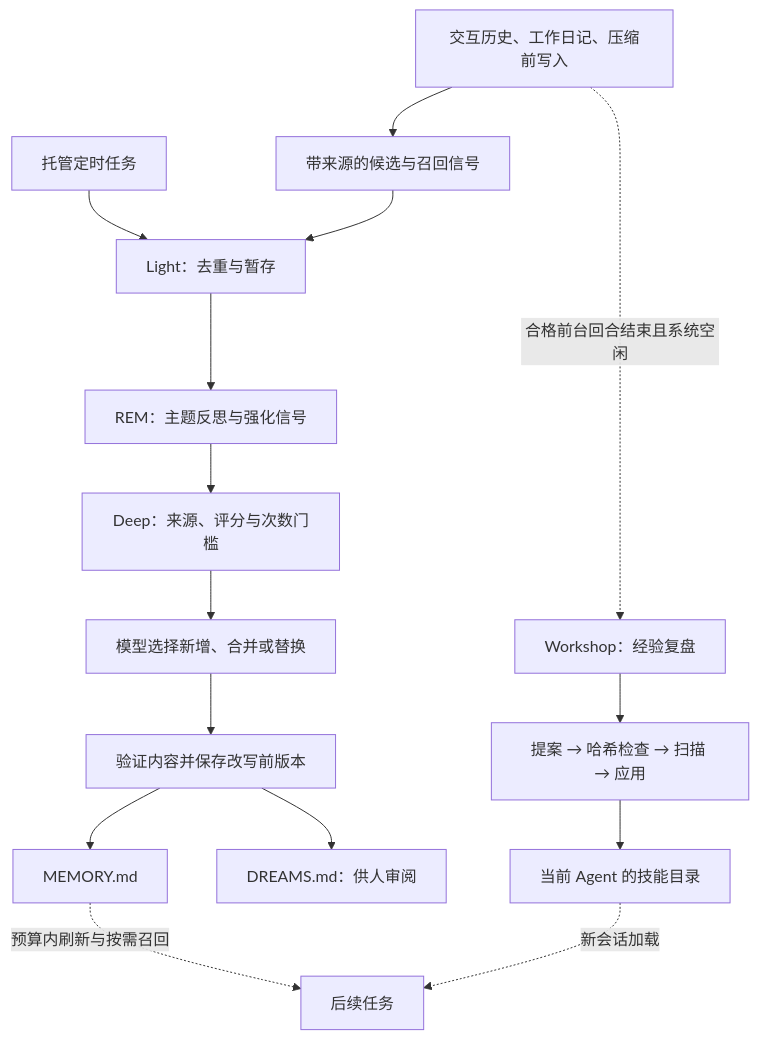
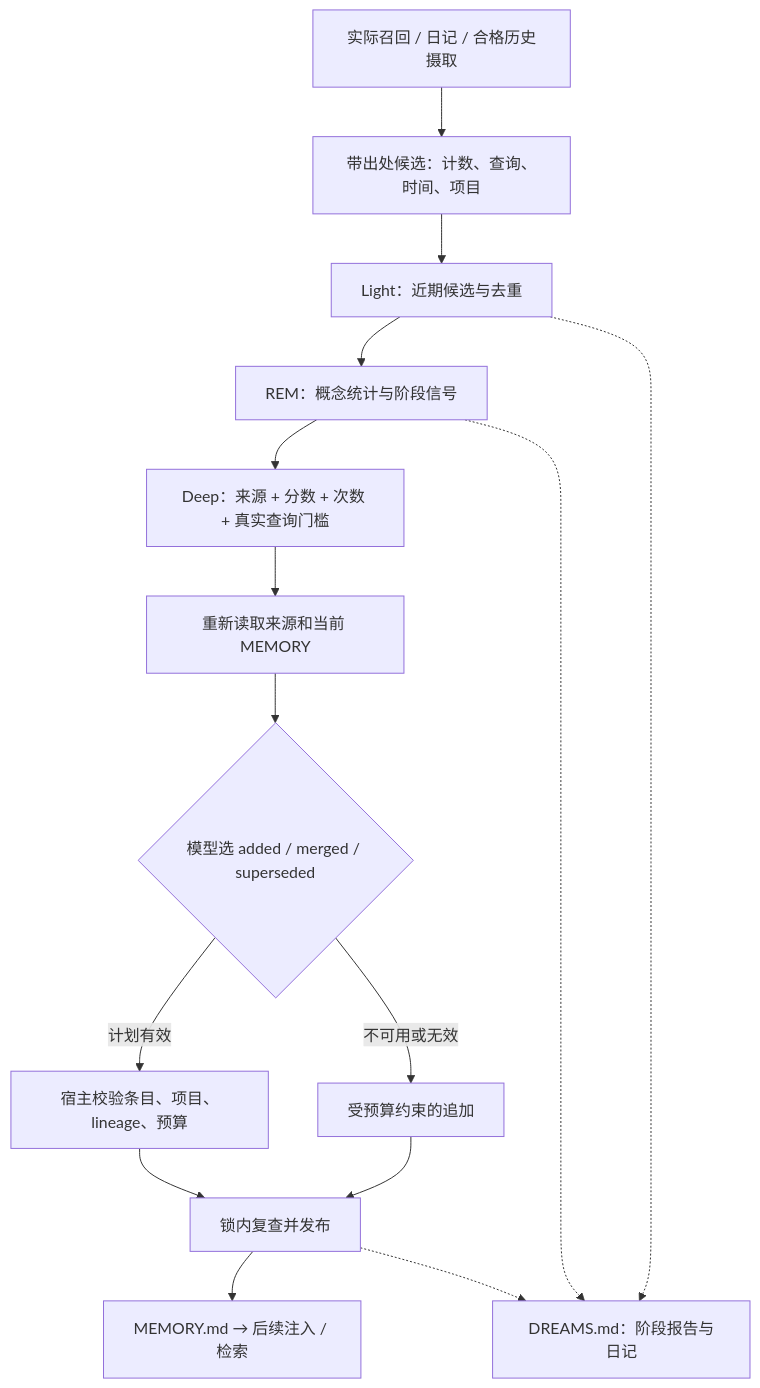
One commit to Uyouii/Reading changed the second of 2 diagrams in 大模型/Agents/OpenClaw 设计与实现.md. Above: the diagram before and after it, drawn with Mermaid. The commit also changed other lines of this file, not shown here.

````diff
--- a/大模型/Agents/OpenClaw 设计与实现.md
+++ b/大模型/Agents/OpenClaw 设计与实现.md
@@ -150,17 +520,17 @@
 ```mermaid
-flowchart TD
-    A["交互历史、工作日记、压缩前写入"] --> B["带来源的候选与召回信号"]
-    T["托管定时任务"] --> C["Light：去重与暂存"]
-    B --> C
-    C --> D["REM：主题反思与强化信号"]
-    D --> E["Deep：来源、评分与次数门槛"]
-    E --> F["模型选择新增、合并或替换"]
-    F --> G["验证内容并保存改写前版本"]
-    G --> M["MEMORY.md"]
-    G --> R["DREAMS.md：供人审阅"]
-    M -. "预算内刷新与按需召回" .-> N["后续任务"]
-    A -. "合格前台回合结束且系统空闲" .-> W["Workshop：经验复盘"]
-    W --> P["提案 → 哈希检查 → 扫描 → 应用"]
-    P --> S["当前 Agent 的技能目录"]
-    S -. "新会话加载" .-> N
+flowchart TB
+    A["实际召回 / 日记 / 合格历史摄取"] --> B["带出处候选：计数、查询、时间、项目"]
+    B --> C["Light：近期候选与去重"]
+    C --> D["REM：概念统计与阶段信号"]
+    D --> E["Deep：来源 + 分数 + 次数 + 真实查询门槛"]
+    E --> F["重新读取来源和当前 MEMORY"]
+    F --> G{"模型选 added / merged / superseded"}
+    G -->|计划有效| H["宿主校验条目、项目、lineage、预算"]
+    G -->|不可用或无效| I["受预算约束的追加"]
+    H --> J["锁内复查并发布"]
+    I --> J
+    J --> K["MEMORY.md → 后续注入 / 检索"]
+    C -.-> R["DREAMS.md：阶段报告与日记"]
+    D -.-> R
+    J -.-> R
 ```
````
